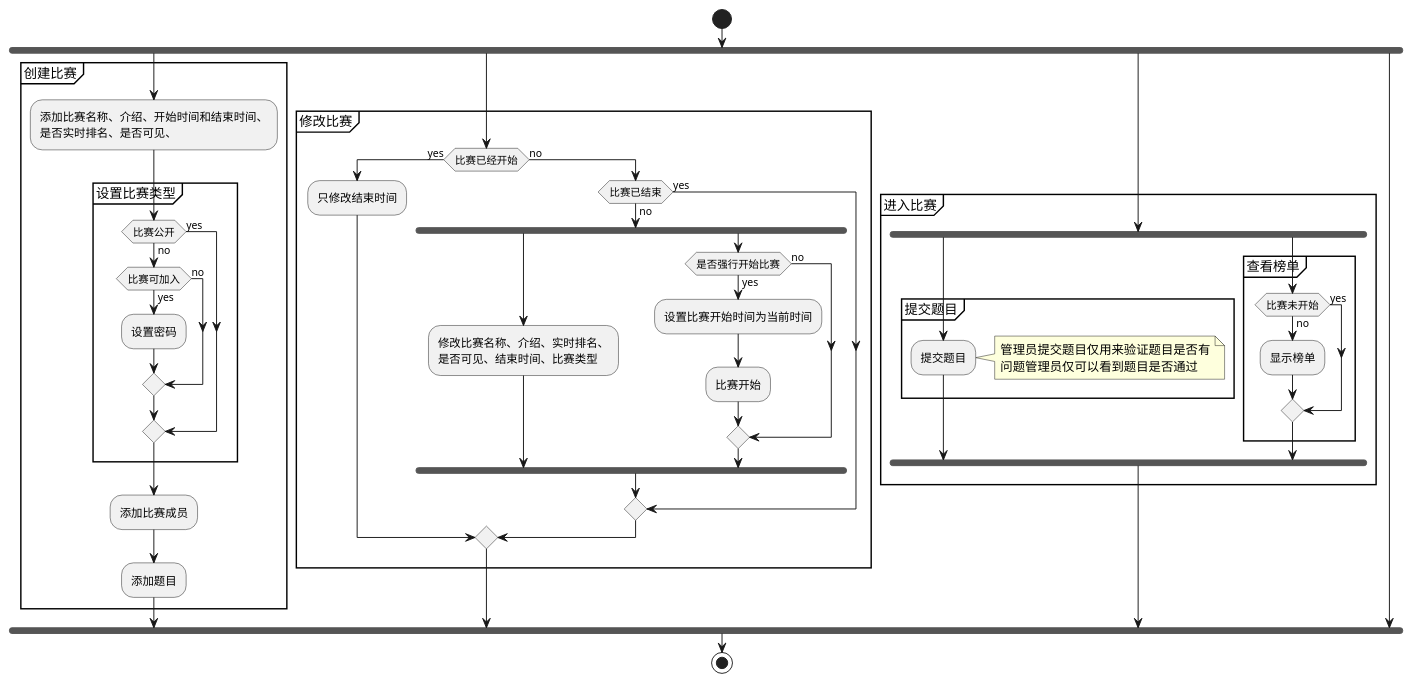
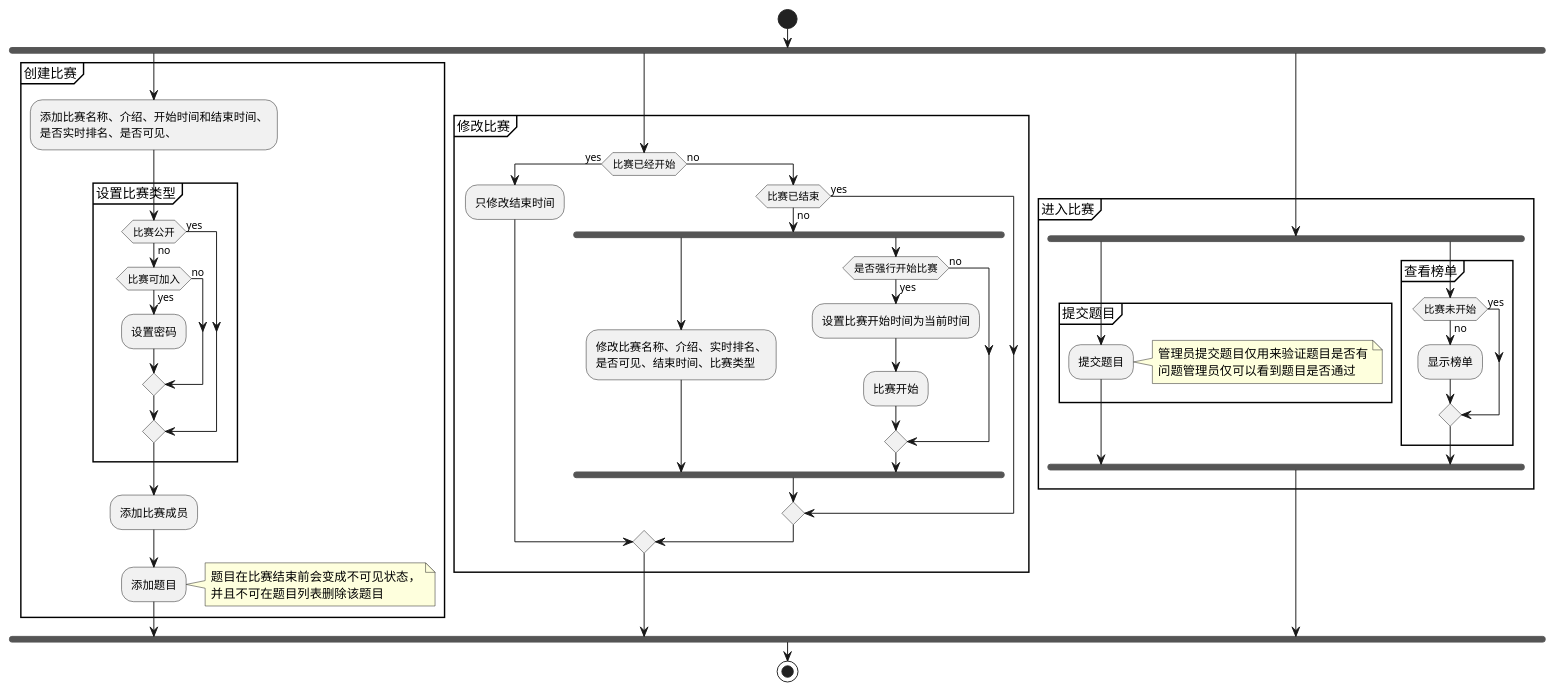
Before and after one commit to shuoj/diagram: the diagram in flow-diagram/contest/contest-teacher.puml, drawn with PlantUML. The commit also changed 3 other files, not shown here.

```diff
--- a/flow-diagram/contest/contest-teacher.puml
+++ b/flow-diagram/contest/contest-teacher.puml
@@ -1,71 +1,73 @@
 @startuml
 start
 fork
     partition 创建比赛 {
         :添加比赛名称、介绍、开始时间和结束时间、
         是否实时排名、是否可见、;
         partition 设置比赛类型 {
             if (比赛公开) then (yes)
             else (no)
                 if (比赛可加入) then (yes)
                     :设置密码;
                 else (no)
                 endif
             endif
         }
         :添加比赛成员;
         :添加题目;
+        note right
+            题目在比赛结束前会变成不可见状态，
+            并且不可在题目列表删除该题目
+        end note
     }
 '    partition 比赛开始判定 {
 '        while (当前时间等于设置的比赛开始时间) is (no)
 '            if (是否强行开始比赛) then (yes)
 '            :设置比赛开始时间为当前时间;
 '            endif
 '        endWhile (yes)
 '    }
 '    :比赛开始;
 fork again
     partition 修改比赛 {
         if (比赛已经开始) then (yes)
             :只修改结束时间;
         else (no)
             if (比赛已结束) then (no)
                 fork
                     :修改比赛名称、介绍、实时排名、
                     是否可见、结束时间、比赛类型;
                 fork again
                     if (是否强行开始比赛) then (yes)
                         :设置比赛开始时间为当前时间;
                         :比赛开始;
                     else (no)
                     endif
                 end fork
             else (yes)
             endif
         endif
     }
 fork again
     partition 进入比赛 {
         fork
             partition 提交题目 {
                 :提交题目;
                 note right
                     管理员提交题目仅用来验证题目是否有
                     问题管理员仅可以看到题目是否通过
                 end note
             }
         fork again
             partition 查看榜单 {
                 if (比赛未开始) then (yes)
                 else (no)
                     :显示榜单;
                 endif
             }
         end fork
     }
-fork again
-
 end fork
 stop
 
 @enduml
```
